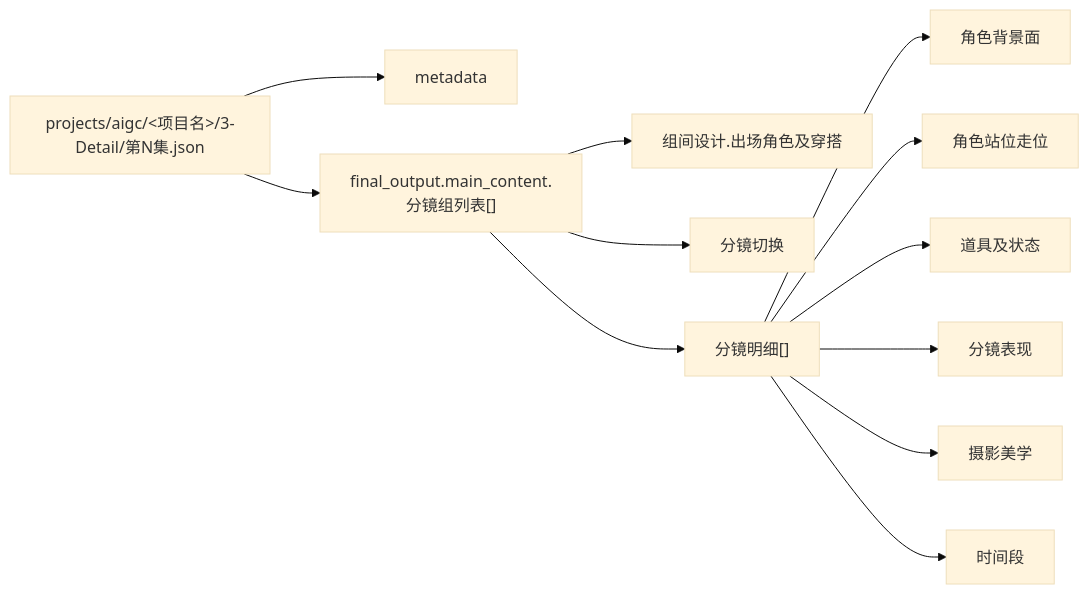
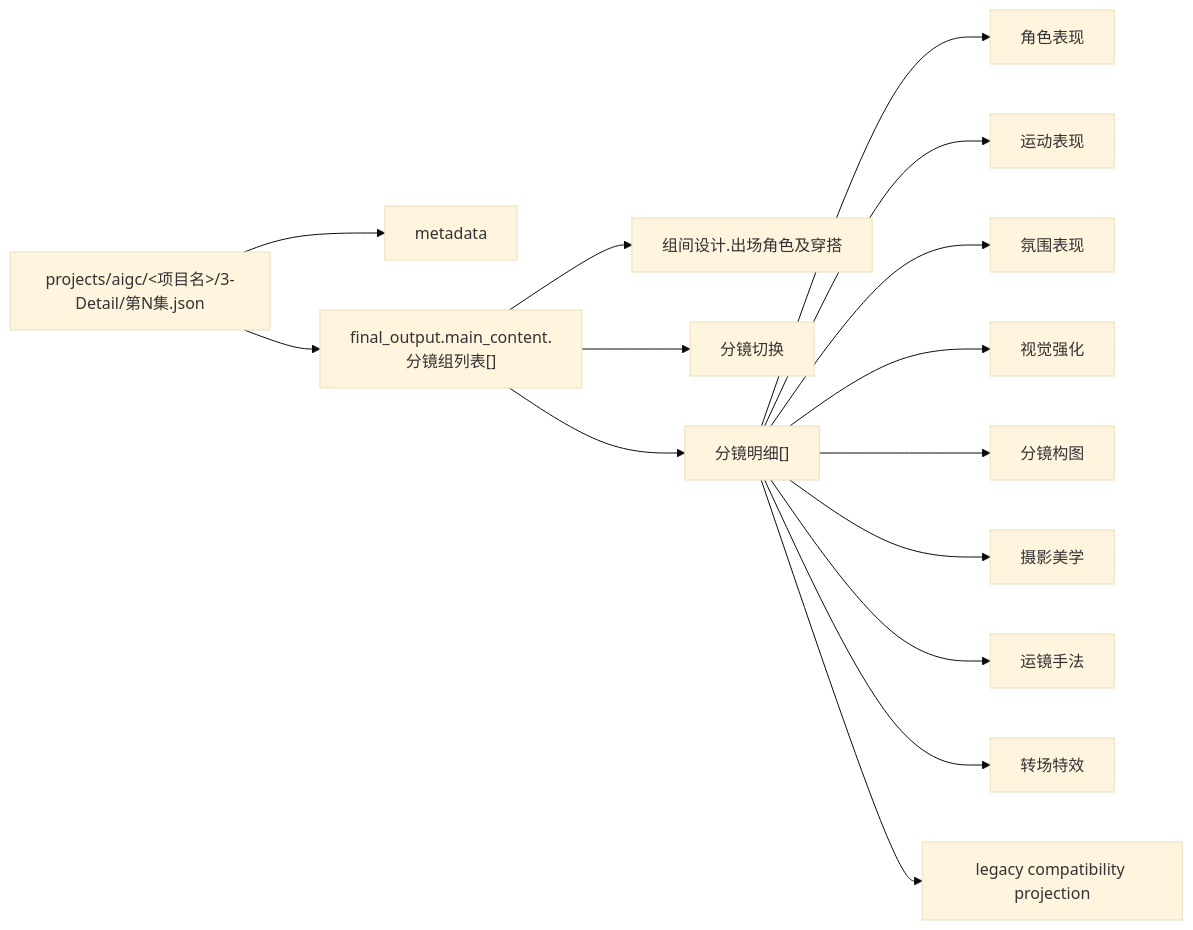
One commit to ZEN-VOID/AI-CUT changed the diagram in .agents/skills/aigc/4-Design/1-清单/_shared/detail-output-consumption-contract.md. Above: the diagram before and after it, drawn with Mermaid (base theme). The commit also changed other lines of this file and 1383 other files, not shown here.

````diff
--- a/.agents/skills/aigc/4-Design/1-清单/_shared/detail-output-consumption-contract.md
+++ b/.agents/skills/aigc/4-Design/1-清单/_shared/detail-output-consumption-contract.md
@@ -11,14 +11,17 @@
 ```mermaid
 flowchart LR
     A["projects/aigc/<项目名>/3-Detail/第N集.json"] --> B["metadata"]
     A --> C["final_output.main_content.分镜组列表[]"]
     C --> D["组间设计.出场角色及穿搭"]
     C --> E["分镜切换"]
     C --> F["分镜明细[]"]
-    F --> G["角色背景面"]
-    F --> H["角色站位走位"]
-    F --> I["道具及状态"]
-    F --> J["分镜表现"]
-    F --> K["摄影美学"]
-    F --> L["时间段"]
+    F --> G["角色表现"]
+    F --> H["运动表现"]
+    F --> I["氛围表现"]
+    F --> J["视觉强化"]
+    F --> K["分镜构图"]
+    F --> L["摄影美学"]
+    F --> M["运镜手法"]
+    F --> N["转场特效"]
+    F --> O["legacy compatibility projection"]
 ```
````
